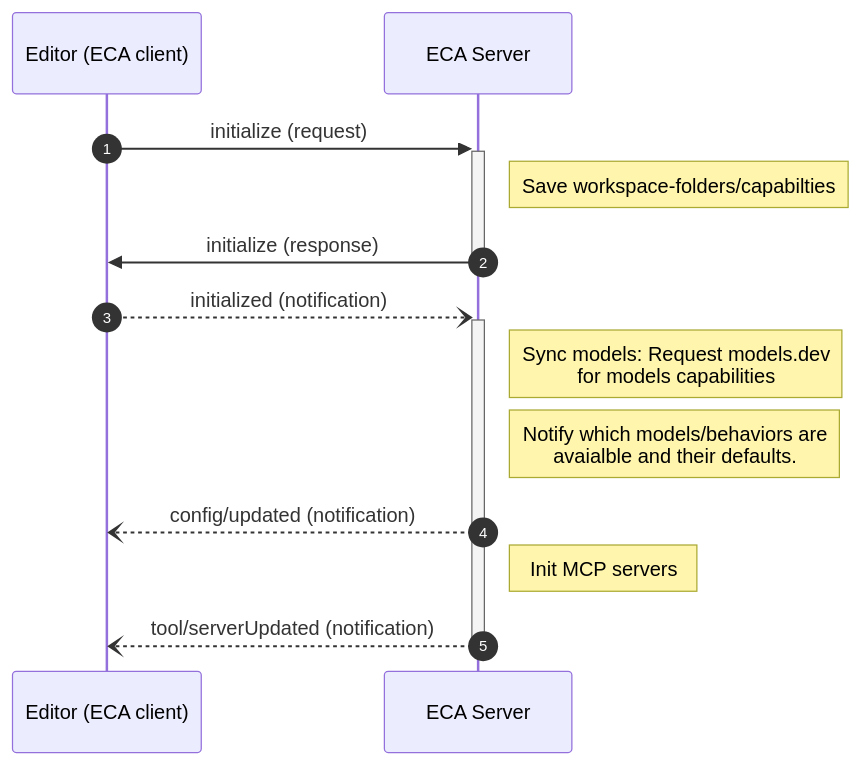
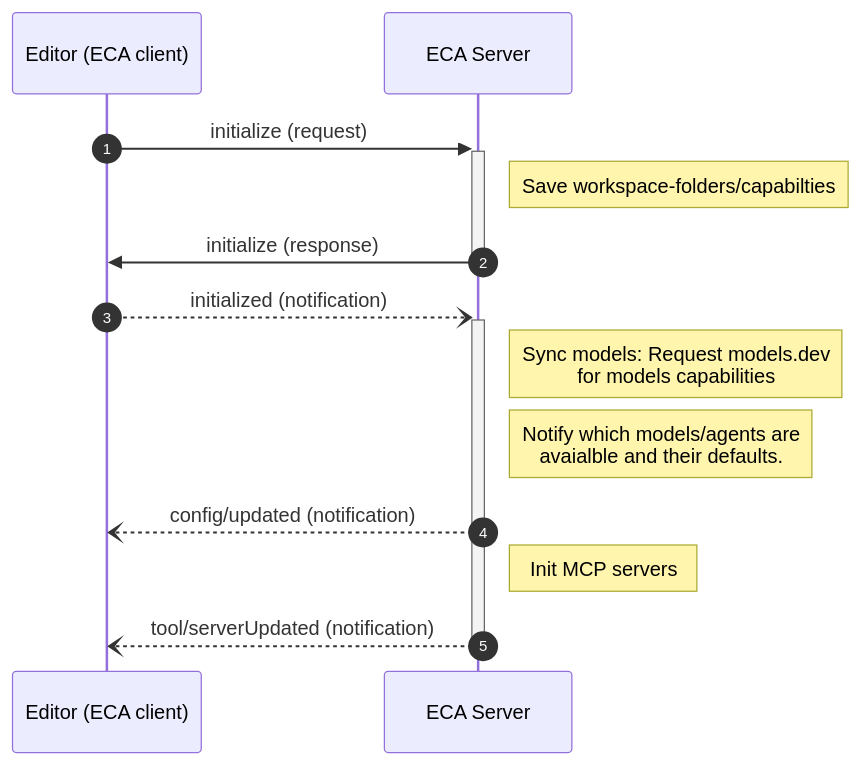
The first of 4 diagrams in docs/protocol.md (editor-code-assistant/eca), drawn with Mermaid before and after one commit. The commit also changed other lines of this file and 27 other files, not shown here.

````diff
--- a/docs/protocol.md
+++ b/docs/protocol.md
@@ -58,15 +58,15 @@
     ```mermaid
     sequenceDiagram
         autonumber
         participant C as Editor (ECA client)
         participant S as ECA Server
         C->>+S: initialize (request)
         Note right of S: Save workspace-folders/capabilties
         S->>-C: initialize (response)
         C--)+S: initialized (notification)
         Note right of S: Sync models: Request models.dev <br/>for models capabilities
-        Note right of S: Notify which models/behaviors are <br/>avaialble and their defaults.
+        Note right of S: Notify which models/agents are <br/>avaialble and their defaults.
         S--)C: config/updated (notification)
         Note right of S: Init MCP servers
         S--)-C: tool/serverUpdated (notification)
     ```
````
